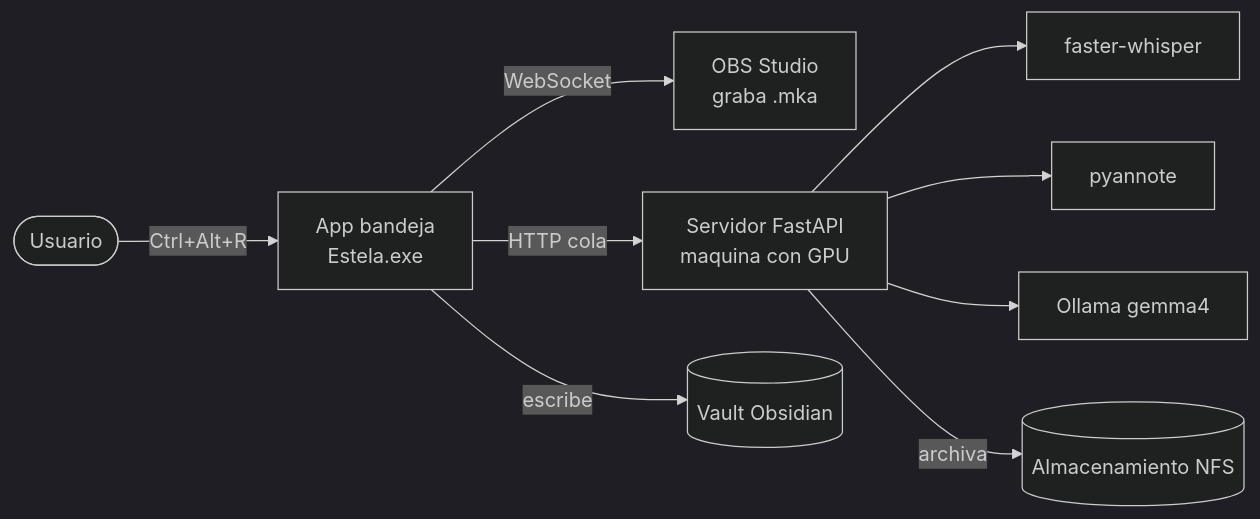
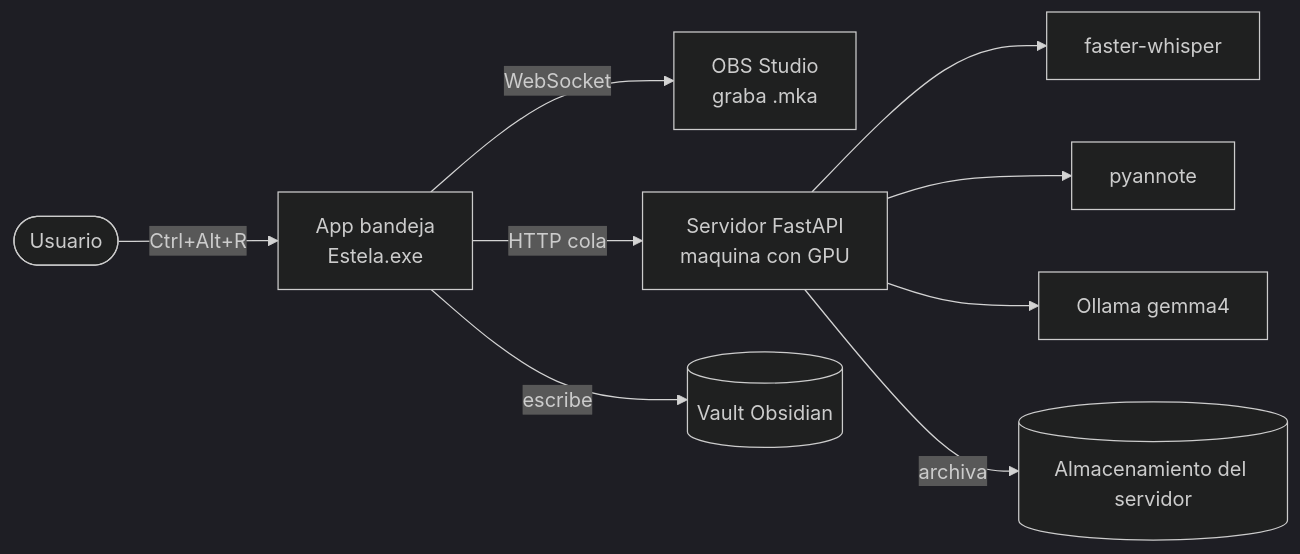
One commit to ChristopherAedoP/estela changed the diagram in README.md. Above: the diagram before and after it, drawn with Mermaid (dark theme). The commit also changed other lines of this file, not shown here.

````diff
--- a/README.md
+++ b/README.md
@@ -26,11 +48,11 @@
 ```mermaid
 flowchart LR
     U([Usuario]) -->|Ctrl+Alt+R| APP[App bandeja<br/>Estela.exe]
     APP -->|WebSocket| OBS[OBS Studio<br/>graba .mka]
     APP -->|HTTP cola| SRV[Servidor FastAPI<br/>maquina con GPU]
     SRV --> W[faster-whisper]
     SRV --> P[pyannote]
     SRV --> L[Ollama gemma4]
     APP -->|escribe| V[(Vault Obsidian)]
-    SRV -->|archiva| N[(Almacenamiento NFS)]
+    SRV -->|archiva| N[(Almacenamiento del servidor)]
 ```
````
